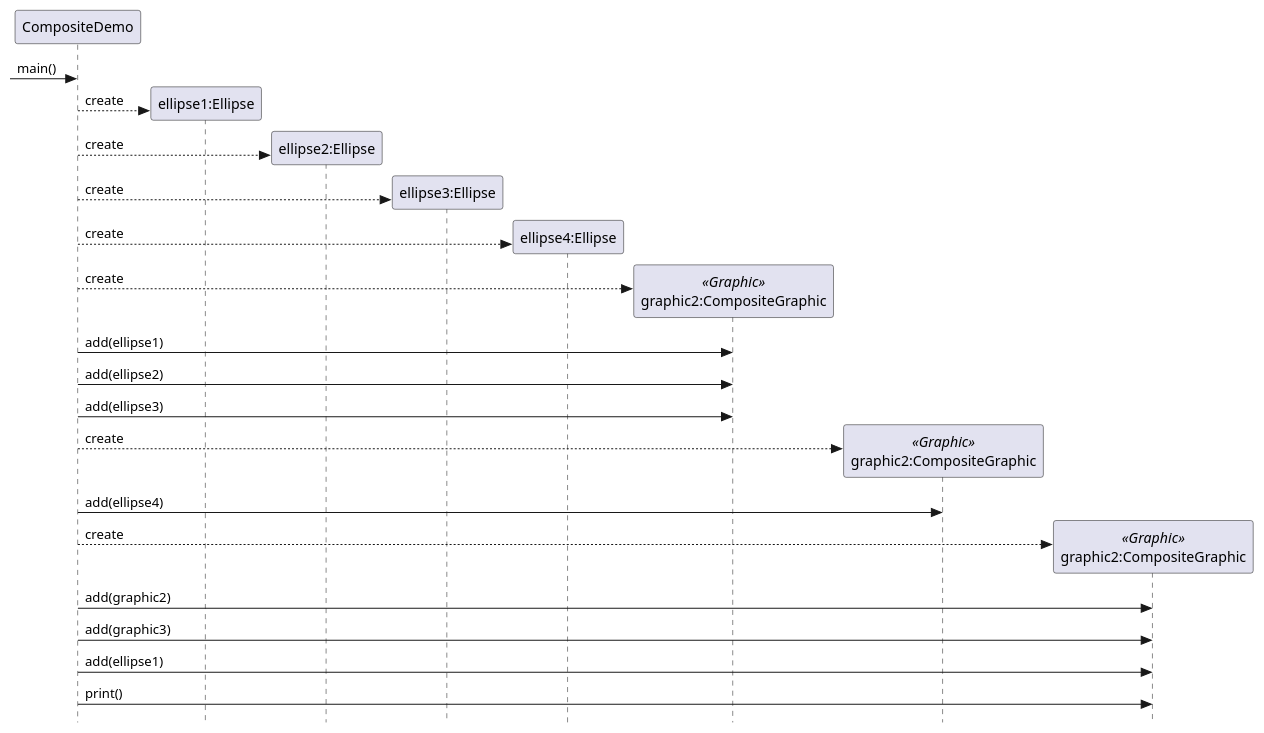
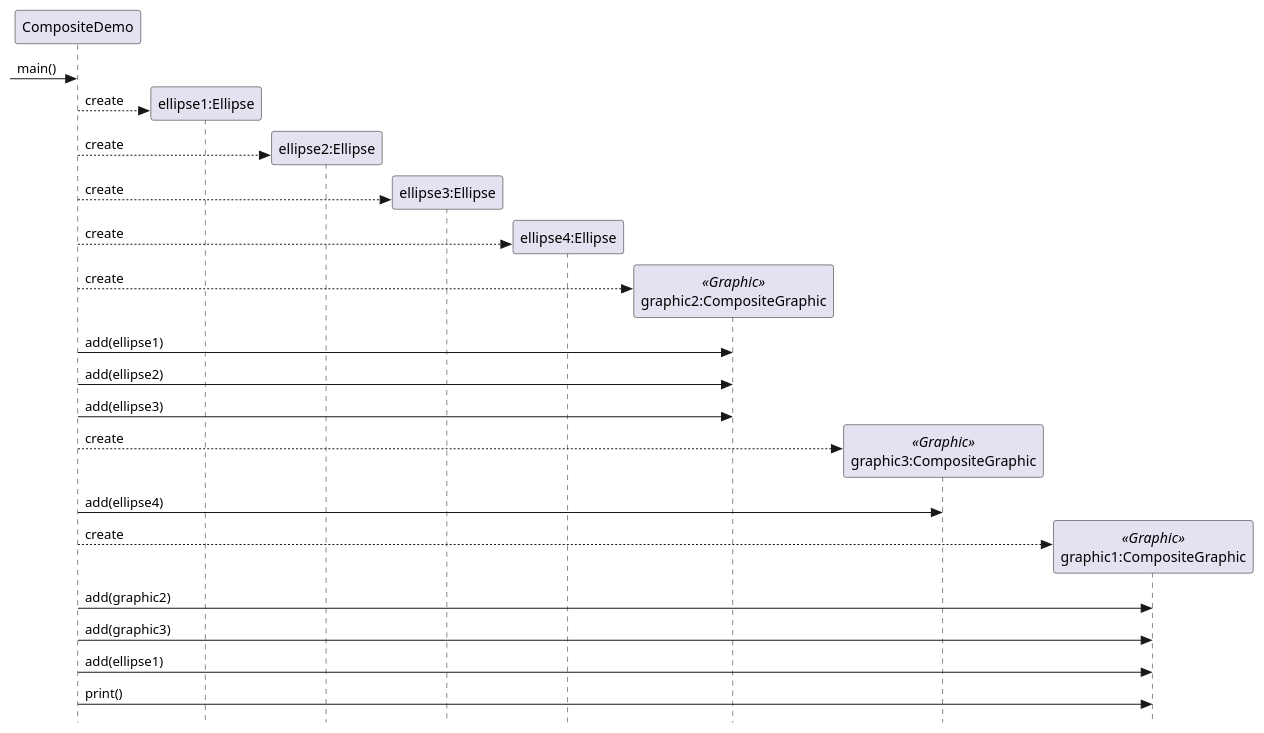
Before and after one commit to yvanross/LOG121-GOF-exemples: the second of 2 diagrams in src/main/java/Composite/Graphic/README.md, drawn with PlantUML. The commit also changed 5 other files, not shown here.

````diff
--- a/src/main/java/Composite/Graphic/README.md
+++ b/src/main/java/Composite/Graphic/README.md
@@ -18,31 +18,31 @@
 ```plantuml
 @startuml
 skinparam style strictuml
 participant CompositeDemo as m
 participant "ellipse1:Ellipse" as e1
 participant "ellipse2:Ellipse" as e2
 participant "ellipse3:Ellipse" as e3
 participant "ellipse4:Ellipse" as e4
 participant "graphic2:CompositeGraphic"  as g2 <<Graphic>>
-participant "graphic2:CompositeGraphic"  as g3 <<Graphic>>
-participant "graphic2:CompositeGraphic"  as g1 <<Graphic>>
+participant "graphic3:CompositeGraphic"  as g3 <<Graphic>>
+participant "graphic1:CompositeGraphic"  as g1 <<Graphic>>
 ->m: main()
 m-->e1**: create
 m-->e2**: create
 m-->e3**: create
 m-->e4**: create
 m-->g2**: create
 m->g2: add(ellipse1)
 m->g2: add(ellipse2)
 m->g2: add(ellipse3)
 m-->g3**: create
 m->g3: add(ellipse4)
 
 m-->g1**: create
 m->g1: add(graphic2)
 m->g1: add(graphic3)
 m->g1: add(ellipse1)
 m->g1: print()
 
 @enduml
 ```
````
